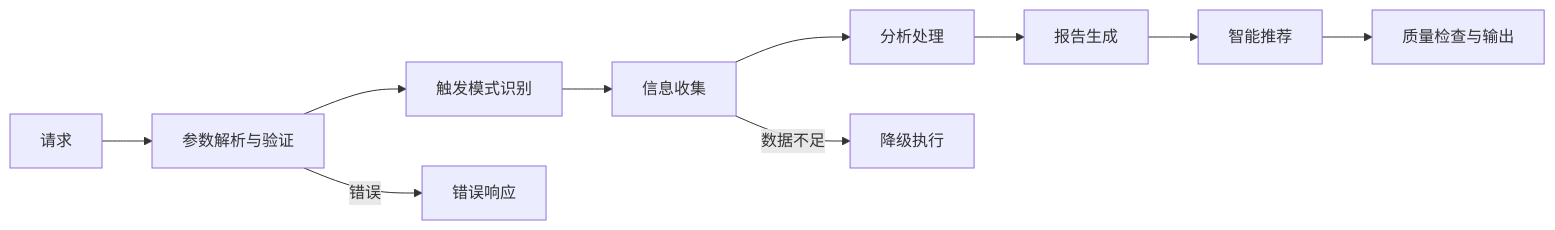
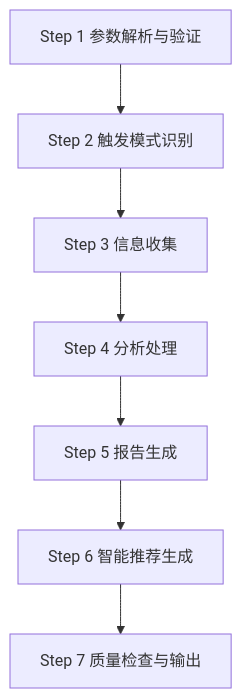
The fourth of 4 diagrams in .qoder/repowiki/zh/content/快速开始.md (daoAgents/task-execution-summary), drawn with Mermaid before and after one commit. The commit also changed other lines of this file and 33 other files, not shown here.

````diff
--- a/.qoder/repowiki/zh/content/快速开始.md
+++ b/.qoder/repowiki/zh/content/快速开始.md
@@ -199,12 +204,9 @@
 ```mermaid
-graph LR
-REQ["请求"] --> PARSE["参数解析与验证"]
-PARSE --> TRIG["触发模式识别"]
-TRIG --> COL["信息收集"]
-COL --> ANA["分析处理"]
-ANA --> GEN["报告生成"]
-GEN --> REC["智能推荐"]
-REC --> OUT["质量检查与输出"]
-PARSE --> |错误| ERR["错误响应"]
-COL --> |数据不足| DEG["降级执行"]
+graph TB
+P1["Step 1 参数解析与验证"] --> P2["Step 2 触发模式识别"]
+P2 --> P3["Step 3 信息收集"]
+P3 --> P4["Step 4 分析处理"]
+P4 --> P5["Step 5 报告生成"]
+P5 --> P6["Step 6 智能推荐生成"]
+P6 --> P7["Step 7 质量检查与输出"]
 ```
````
